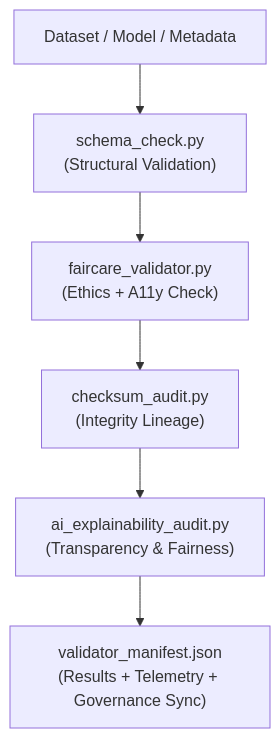
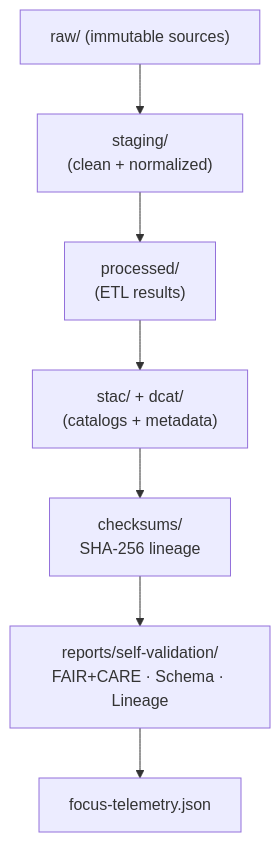
The diagram in data/README.md (bartytime4life/Kansas-Frontier-Matrix), drawn with Mermaid before and after one commit. The commit also changed other lines of this file, not shown here.

```diff
--- a/data/README.md
+++ b/data/README.md
@@ -77,8 +132,15 @@
-~~~~~mermaid
+~~~~mermaid
 flowchart TD
-  A["Dataset / Model / Metadata"] --> B["schema_check.py<br/>(Structural Validation)"]
-  B --> C["faircare_validator.py<br/>(Ethics + A11y Check)"]
-  C --> D["checksum_audit.py<br/>(Integrity Lineage)"]
-  D --> E["ai_explainability_audit.py<br/>(Transparency & Fairness)"]
-  E --> F["validator_manifest.json<br/>(Results + Telemetry + Governance Sync)"]
-~~~~~
+  A["raw/ (immutable sources)"]
+    --> B["staging/\n(clean + normalized)"]
+
+  B --> C["processed/\n(ETL results)"]
+
+  C --> D["stac/ + dcat/\n(catalogs + metadata)"]
+
+  D --> E["checksums/\nSHA-256 lineage"]
+
+  E --> F["reports/self-validation/\nFAIR+CARE · Schema · Lineage"]
+
+  F --> G["focus-telemetry.json"]
+~~~~
```
